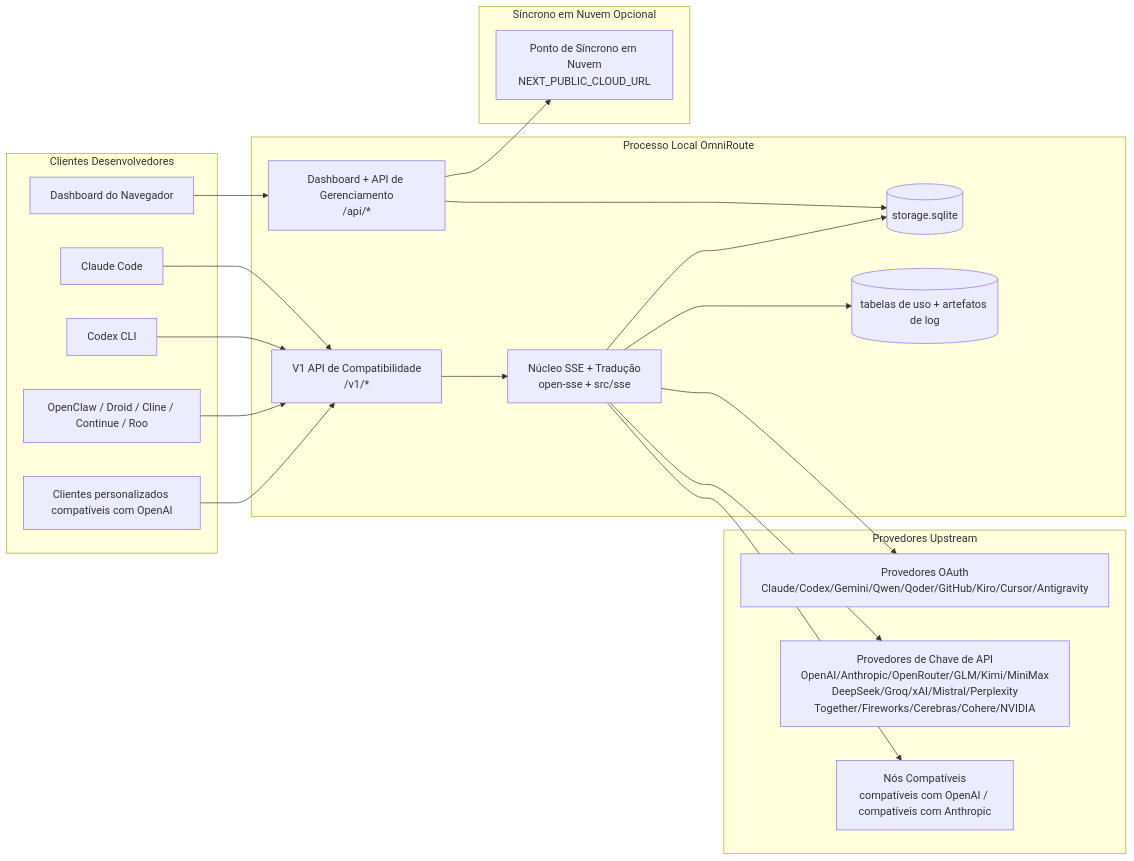
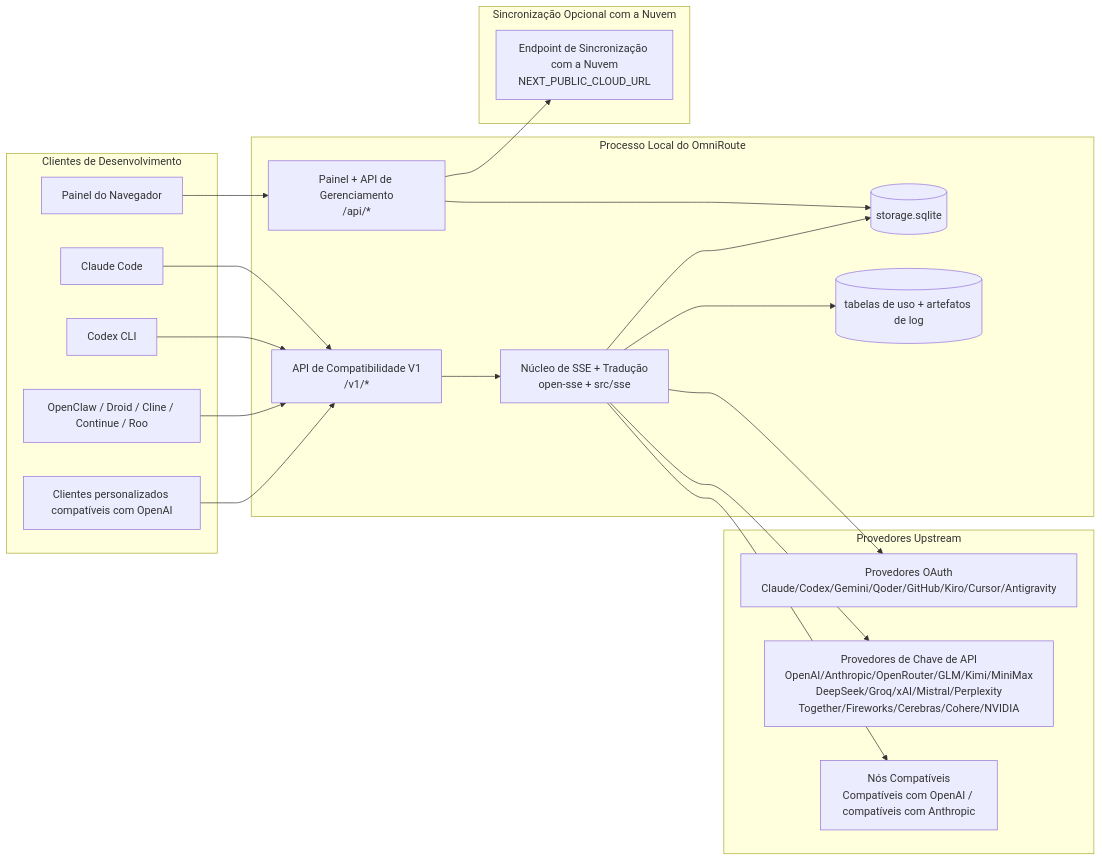
One commit to Abhijeet1520/OmniRoute changed the first of 7 diagrams in docs/i18n/pt-BR/docs/architecture/ARCHITECTURE.md. Above: the diagram before and after it, drawn with Mermaid. The commit also changed other lines of this file and 1154 other files, not shown here.

````diff
--- a/docs/i18n/pt-BR/docs/architecture/ARCHITECTURE.md
+++ b/docs/i18n/pt-BR/docs/architecture/ARCHITECTURE.md
@@ -167,45 +157,45 @@
 ```mermaid
 flowchart LR
-    subgraph Clients[Clientes Desenvolvedores]
+    subgraph Clients[Clientes de Desenvolvimento]
         C1[Claude Code]
         C2[Codex CLI]
         C3[OpenClaw / Droid / Cline / Continue / Roo]
         C4[Clientes personalizados compatíveis com OpenAI]
-        BROWSER[Dashboard do Navegador]
+        BROWSER[Painel do Navegador]
     end
 
-    subgraph Router[Processo Local OmniRoute]
-        API[V1 API de Compatibilidade\n/v1/*]
-        DASH[Dashboard + API de Gerenciamento\n/api/*]
-        CORE[Núcleo SSE + Tradução\nopen-sse + src/sse]
+    subgraph Router[Processo Local do OmniRoute]
+        API[API de Compatibilidade V1\n/v1/*]
+        DASH[Painel + API de Gerenciamento\n/api/*]
+        CORE[Núcleo de SSE + Tradução\nopen-sse + src/sse]
         DB[(storage.sqlite)]
         UDB[(tabelas de uso + artefatos de log)]
     end
 
     subgraph Upstreams[Provedores Upstream]
-        P1[Provedores OAuth\nClaude/Codex/Gemini/Qwen/Qoder/GitHub/Kiro/Cursor/Antigravity]
+        P1[Provedores OAuth\nClaude/Codex/Gemini/Qoder/GitHub/Kiro/Cursor/Antigravity]
         P2[Provedores de Chave de API\nOpenAI/Anthropic/OpenRouter/GLM/Kimi/MiniMax\nDeepSeek/Groq/xAI/Mistral/Perplexity\nTogether/Fireworks/Cerebras/Cohere/NVIDIA]
-        P3[Nós Compatíveis\ncompatíveis com OpenAI / compatíveis com Anthropic]
+        P3[Nós Compatíveis\nCompatíveis com OpenAI / compatíveis com Anthropic]
     end
 
-    subgraph Cloud[Síncrono em Nuvem Opcional]
-        CLOUD[Ponto de Síncrono em Nuvem\nNEXT_PUBLIC_CLOUD_URL]
+    subgraph Cloud[Sincronização Opcional com a Nuvem]
+        CLOUD[Endpoint de Sincronização com a Nuvem\nNEXT_PUBLIC_CLOUD_URL]
     end
 
     C1 --> API
     C2 --> API
     C3 --> API
     C4 --> API
     BROWSER --> DASH
 
     API --> CORE
     DASH --> DB
     CORE --> DB
     CORE --> UDB
 
     CORE --> P1
     CORE --> P2
     CORE --> P3
 
     DASH --> CLOUD
 ```
````
